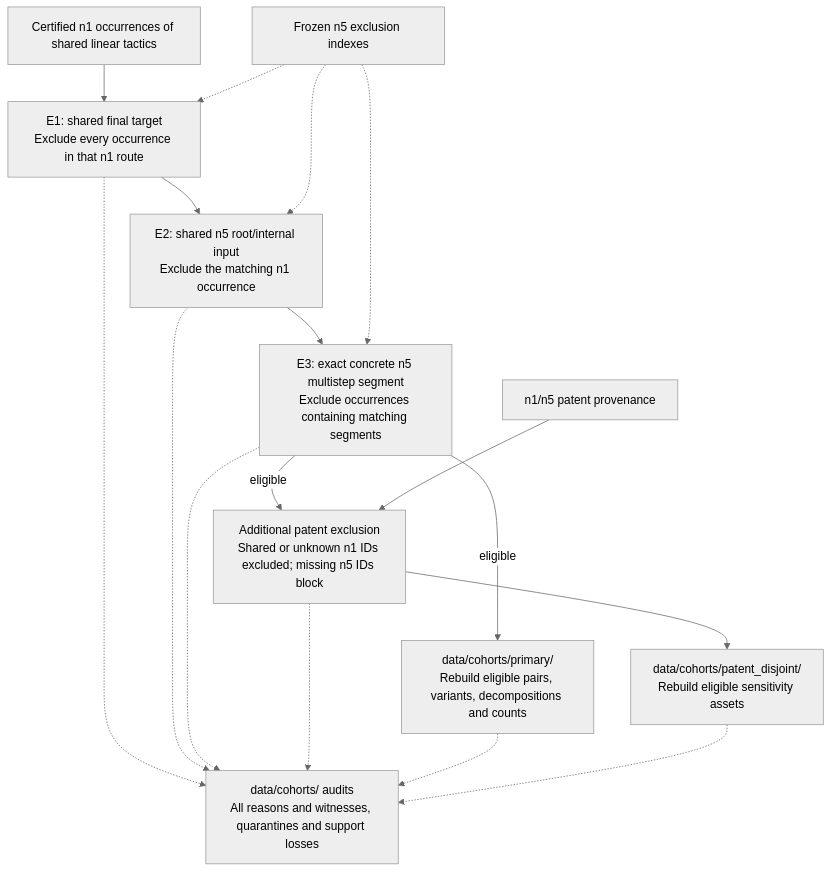
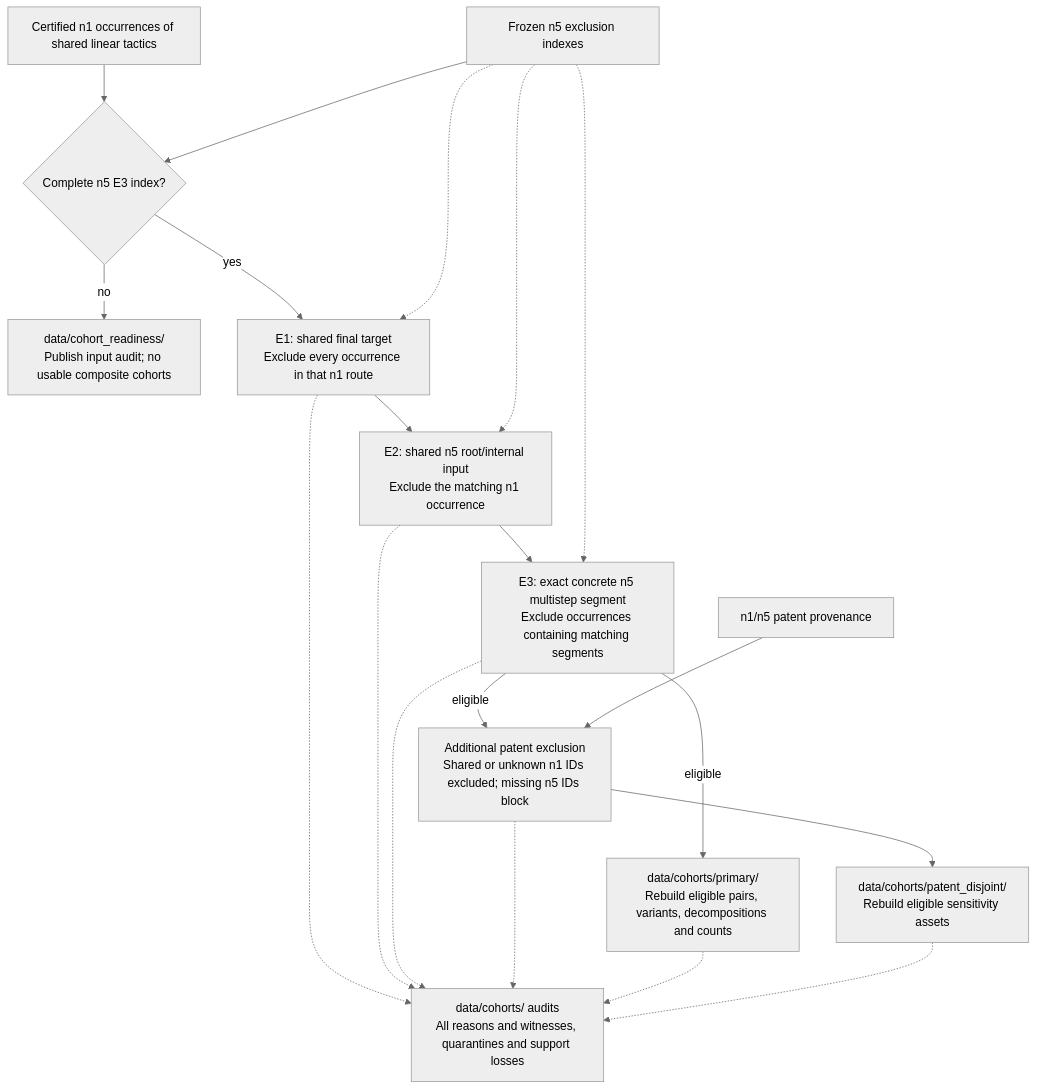
One commit to Protolaw/retrocomposite changed the second of 2 diagrams in docs/diagrams/preparation.md. Above: the diagram before and after it, drawn with Mermaid (neutral theme). The commit also changed other lines of this file and 15 other files, not shown here.

Commit message:
Publish verified data release receipts and precise composite readiness audit

````diff
--- a/docs/diagrams/preparation.md
+++ b/docs/diagrams/preparation.md
@@ -34,26 +34,31 @@
 ```mermaid
 flowchart TD
     N1["Certified n1 occurrences of shared linear tactics"]
     N5["Frozen n5 exclusion indexes"]
+    READY{"Complete n5 E3 index?"}
+    BLOCK["data/cohort_readiness/<br/>Publish input audit; no usable composite cohorts"]
     E1["E1: shared final target<br/>Exclude every occurrence in that n1 route"]
     E2["E2: shared n5 root/internal input<br/>Exclude the matching n1 occurrence"]
     E3["E3: exact concrete n5 multistep segment<br/>Exclude occurrences containing matching segments"]
     PRIMARY["data/cohorts/primary/<br/>Rebuild eligible pairs, variants, decompositions and counts"]
     PATENTS["n1/n5 patent provenance"]
     PATENT["Additional patent exclusion<br/>Shared or unknown n1 IDs excluded; missing n5 IDs block"]
     SENS["data/cohorts/patent_disjoint/<br/>Rebuild eligible sensitivity assets"]
     AUDIT["data/cohorts/ audits<br/>All reasons and witnesses, quarantines and support losses"]
-    N1 --> E1 --> E2 --> E3
+    N1 --> READY
+    N5 --> READY
+    READY -->|yes| E1 --> E2 --> E3
+    READY -->|no| BLOCK
     N5 -.-> E1
     N5 -.-> E2
     N5 -.-> E3
     E3 -->|eligible| PRIMARY
     E3 -->|eligible| PATENT --> SENS
     PATENTS --> PATENT
     E1 -.-> AUDIT
     E2 -.-> AUDIT
     E3 -.-> AUDIT
     PATENT -.-> AUDIT
     PRIMARY -.-> AUDIT
     SENS -.-> AUDIT
 ```
````
